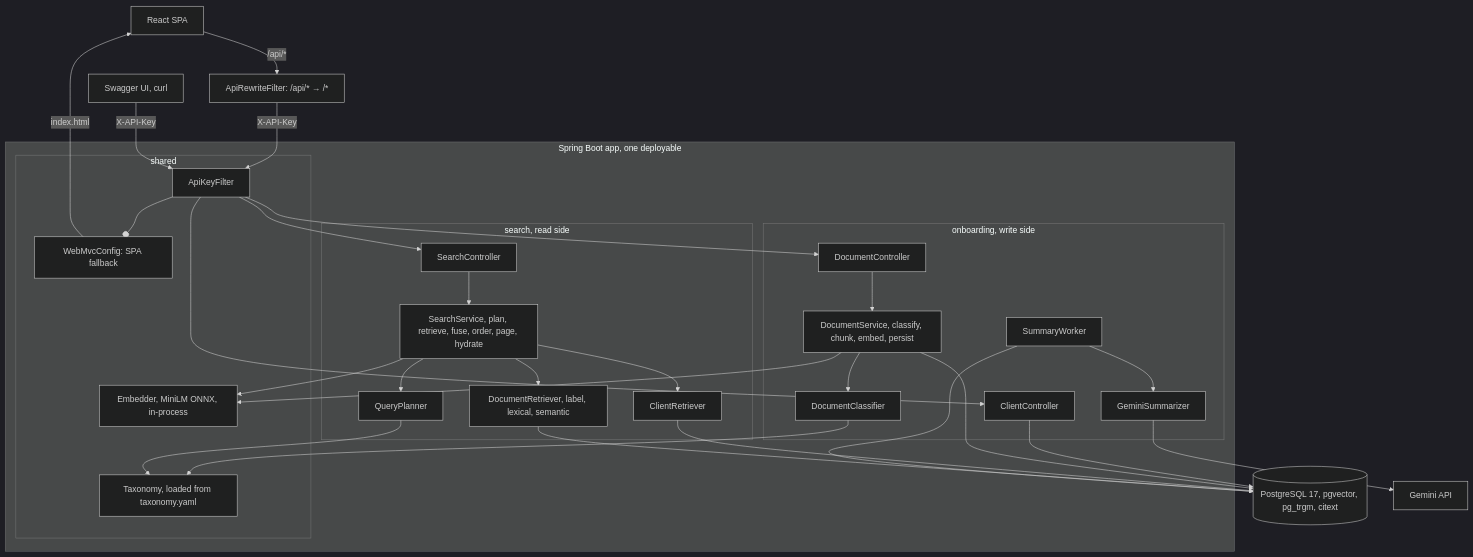
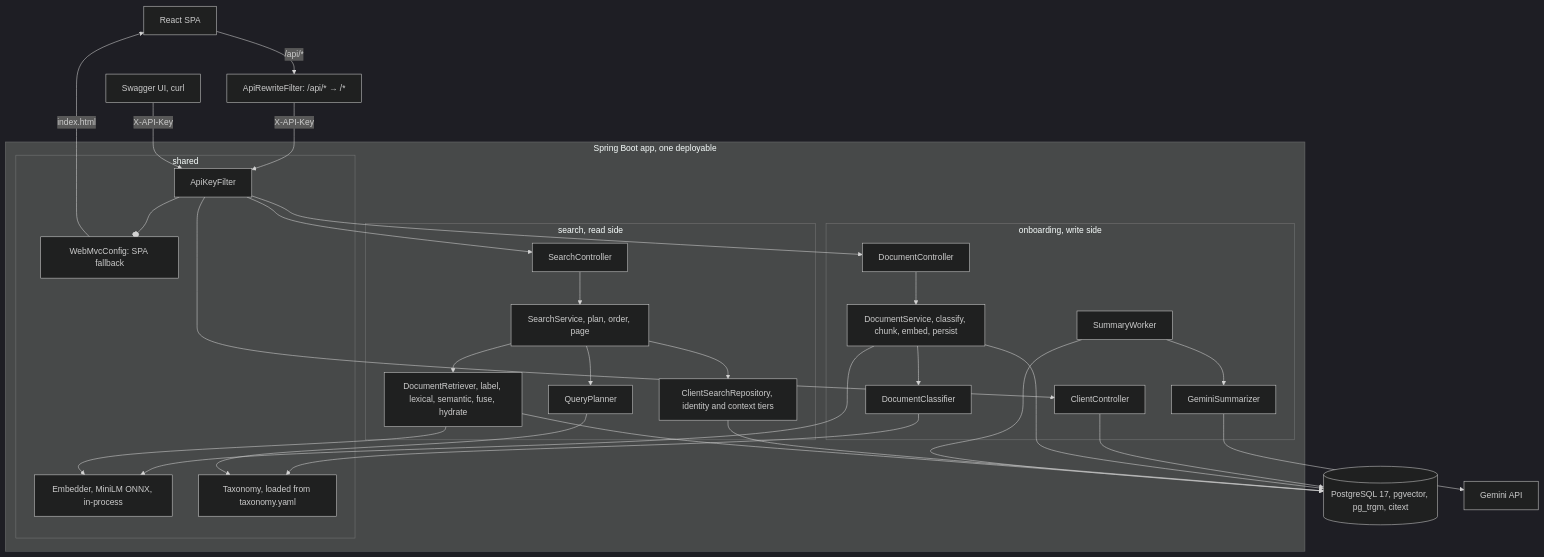
One commit to TsybulskyStepan/unified-search changed the first of 2 diagrams in docs/system-design.md. Above: the diagram before and after it, drawn with Mermaid (dark theme). The commit also changed other lines of this file and 3 other files, not shown here.

First line of the commit message:
refactor: extract DocumentRetriever from SearchService

````diff
--- a/docs/system-design.md
+++ b/docs/system-design.md
@@ -31,51 +31,51 @@
 ```mermaid
 flowchart TB
     UI["React SPA"]
     SWAGGER["Swagger UI, curl"]
     ARF["ApiRewriteFilter: /api/* → /*"]
 
     subgraph App["Spring Boot app, one deployable"]
         subgraph Shared["shared"]
             F["ApiKeyFilter"]
             EMB["Embedder, MiniLM ONNX, in-process"]
             TAX["Taxonomy, loaded from taxonomy.yaml"]
             WMC["WebMvcConfig: SPA fallback"]
         end
         subgraph Onboarding["onboarding, write side"]
             CC["ClientController"]
             DC["DocumentController"]
             DS["DocumentService, classify, chunk, embed, persist"]
             CLS["DocumentClassifier"]
             SW["SummaryWorker"]
             SUM["GeminiSummarizer"]
         end
         subgraph Search["search, read side"]
             SC["SearchController"]
-            SS["SearchService, plan, retrieve, fuse, order, page, hydrate"]
+            SS["SearchService, plan, order, page"]
             QP["QueryPlanner"]
-            CR["ClientRetriever"]
-            DR["DocumentRetriever, label, lexical, semantic"]
+            CR["ClientSearchRepository, identity and context tiers"]
+            DR["DocumentRetriever, label, lexical, semantic, fuse, hydrate"]
         end
     end
     PG[("PostgreSQL 17, pgvector, pg_trgm, citext")]
     VX["Gemini API"]
 
     UI -->|/api/*| ARF
     ARF -->|X-API-Key| F
     SWAGGER -->|X-API-Key| F
     F --> CC & DC & SC
     F --o WMC
     WMC -->|index.html| UI
     CC --> PG
     DC --> DS
     DS --> CLS --> TAX
     DS --> EMB
     DS --> PG
     SC --> SS
     SS --> QP --> TAX
     SS --> CR --> PG
-    SS --> EMB
     SS --> DR --> PG
+    DR --> EMB
     SW --> PG
     SW --> SUM --> VX
 ```
````
